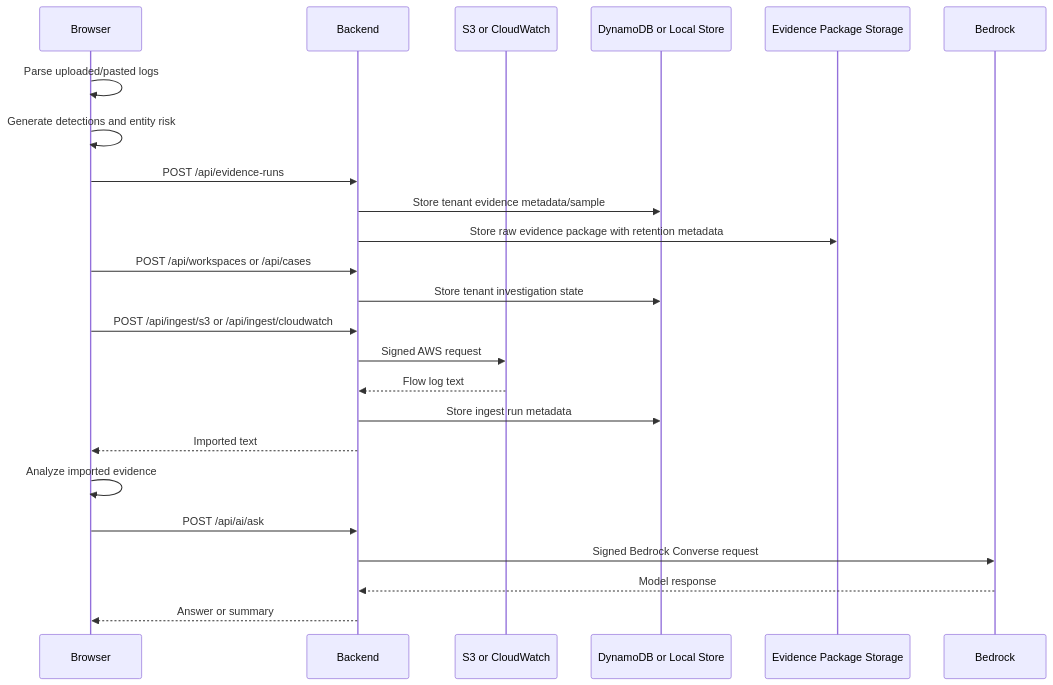
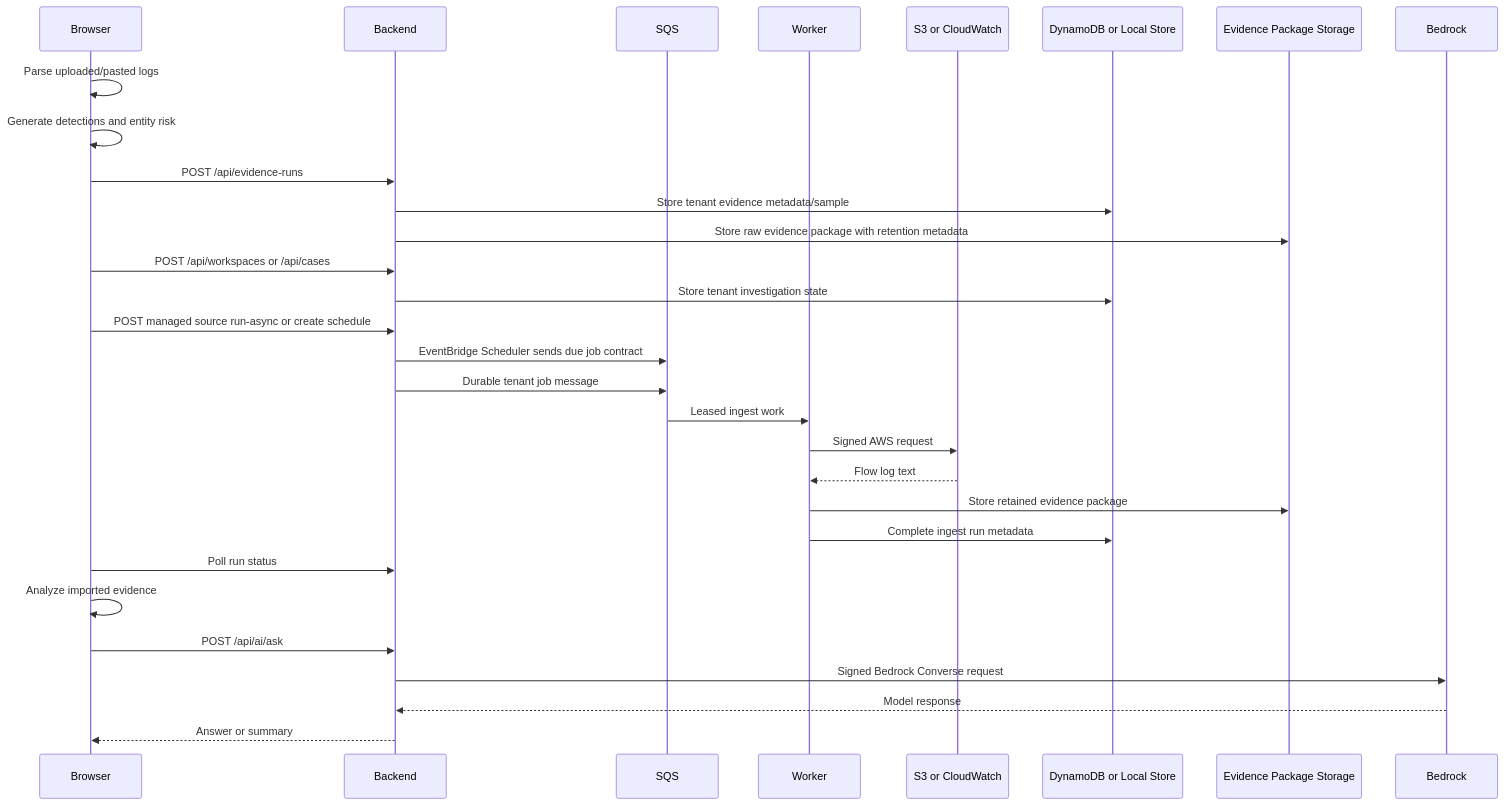
One commit to jaysonguglietta/SignalPrismNDR changed the second of 2 diagrams in docs/ARCHITECTURE.md. Above: the diagram before and after it, drawn with Mermaid. The commit also changed other lines of this file and 74 other files, not shown here.

````diff
--- a/docs/ARCHITECTURE.md
+++ b/docs/ARCHITECTURE.md
@@ -134,27 +161,33 @@
 ```mermaid
 sequenceDiagram
   participant B as Browser
   participant A as Backend
+  participant Q as SQS
+  participant W as Worker
   participant S as S3 or CloudWatch
   participant D as DynamoDB or Local Store
   participant E as Evidence Package Storage
   participant R as Bedrock
 
   B->>B: Parse uploaded/pasted logs
   B->>B: Generate detections and entity risk
   B->>A: POST /api/evidence-runs
   A->>D: Store tenant evidence metadata/sample
   A->>E: Store raw evidence package with retention metadata
   B->>A: POST /api/workspaces or /api/cases
   A->>D: Store tenant investigation state
-  B->>A: POST /api/ingest/s3 or /api/ingest/cloudwatch
-  A->>S: Signed AWS request
-  S-->>A: Flow log text
-  A->>D: Store ingest run metadata
-  A-->>B: Imported text
+  B->>A: POST managed source run-async or create schedule
+  A->>Q: EventBridge Scheduler sends due job contract
+  A->>Q: Durable tenant job message
+  Q->>W: Leased ingest work
+  W->>S: Signed AWS request
+  S-->>W: Flow log text
+  W->>E: Store retained evidence package
+  W->>D: Complete ingest run metadata
+  B->>A: Poll run status
   B->>B: Analyze imported evidence
   B->>A: POST /api/ai/ask
   A->>R: Signed Bedrock Converse request
   R-->>A: Model response
   A-->>B: Answer or summary
 ```
````
